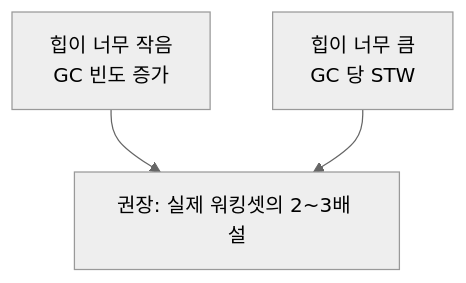
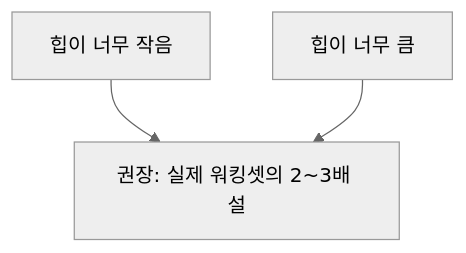
One commit to yjkim2015/yjkim2015.github.io changed diagram 24 of 29 in _posts/java/2026-05-01-java-garbage-collector.md. Above: the diagram before and after it, drawn with Mermaid (neutral theme). The commit also changed other lines of this file and 217 other files, not shown here.

First line of the commit message:
Mermaid 크기 수정: useMaxWidth:true + SVG max-width:100% + 라벨 축소

````diff
--- a/_posts/java/2026-05-01-java-garbage-collector.md
+++ b/_posts/java/2026-05-01-java-garbage-collector.md
@@ -627,8 +627,8 @@
 ```mermaid
 graph TD
-    SMALL["힙이 너무 작음\nGC 빈도 증가"]
-    LARGE["힙이 너무 큼\nGC 당 STW"]
+    SMALL["힙이 너무 작음"]
+    LARGE["힙이 너무 큼"]
     OPT["권장: 실제 워킹셋의 2~3배 설"]
     SMALL --> OPT
     LARGE --> OPT
 ```
````
